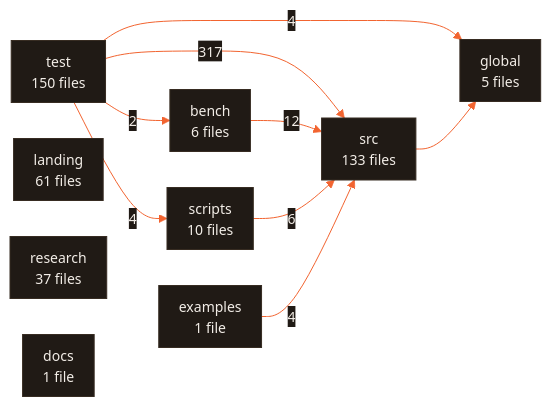
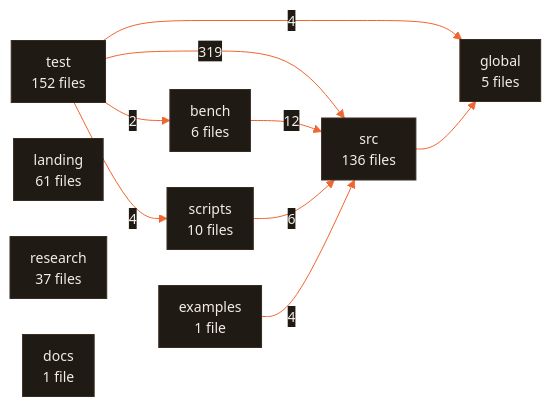
One commit to CodeWithJuber/forgekit changed the diagram in ARCHITECTURE.md. Above: the diagram before and after it, drawn with Mermaid. The commit also changed 5 other files, not shown here.

````diff
--- a/ARCHITECTURE.md
+++ b/ARCHITECTURE.md
@@ -671,21 +671,21 @@
 ```mermaid
 %%{init: {'theme':'base','themeVariables':{'primaryColor':'#201a15','primaryTextColor':'#f2ede7','primaryBorderColor':'#372c22','lineColor':'#f26430','secondaryColor':'#272019','tertiaryColor':'#171310','edgeLabelBackground':'#201a15','clusterBkg':'#171310','clusterBorder':'#4a3b2e','fontFamily':'ui-sans-serif, system-ui, sans-serif','fontSize':'14px'},'flowchart':{'curve':'basis','padding':10,'nodeSpacing':36,'rankSpacing':44}}}%%
 flowchart LR
-  test["test<br/>150 files"]
-  src["src<br/>133 files"]
+  test["test<br/>152 files"]
+  src["src<br/>136 files"]
   landing["landing<br/>61 files"]
   research["research<br/>37 files"]
   scripts["scripts<br/>10 files"]
   bench["bench<br/>6 files"]
   global["global<br/>5 files"]
   docs["docs<br/>1 file"]
   examples["examples<br/>1 file"]
-  test -- 317 --> src
+  test -- 319 --> src
   bench -- 12 --> src
   scripts -- 6 --> src
   examples -- 4 --> src
   test -- 4 --> global
   test -- 4 --> scripts
   test -- 2 --> bench
   src --> global
 ```
````
